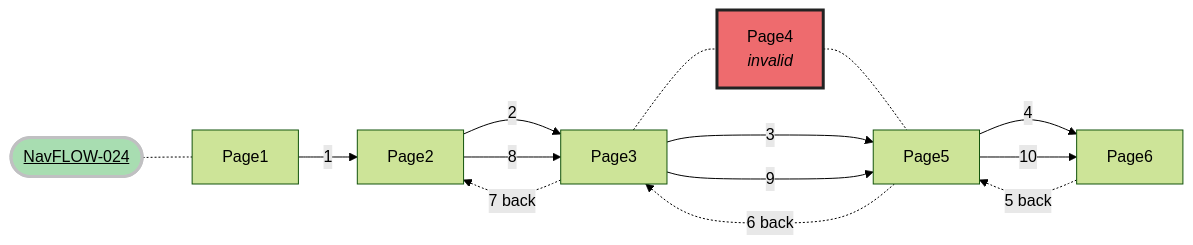
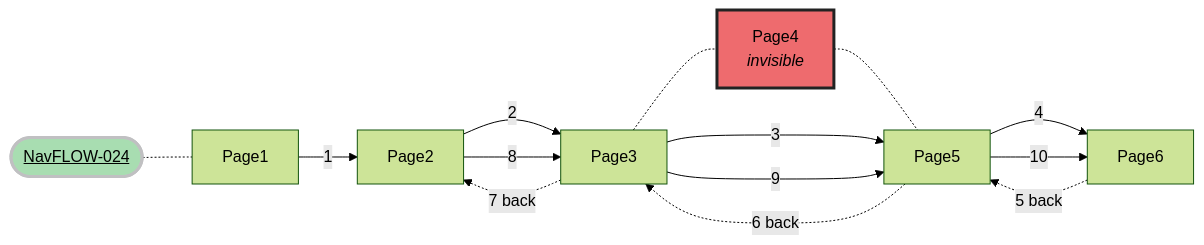
Diagram 24 of 24 in Navigation.md (hmrc/gform-frontend), drawn with Mermaid before and after one commit.

````diff
--- a/Navigation.md
+++ b/Navigation.md
@@ -783,38 +783,38 @@
 ```mermaid
 %%{init: {'theme': 'forest', "flowchart" : { "curve" : "basis" } } }%%
 graph LR;
     title([<u>NavFLOW-024</u>])
     title -.- Page1
     Page1 --> |1| Page2
     Page2 --> |2| Page3
-    Page3 -.-  Page4["Page4<br><i>invalid"]
+    Page3 -.-  Page4["Page4<br><i>invisible"]
     Page4 -.- Page5
     Page3 --> |3| Page5
     Page5 --> |4| Page6
     Page6 -.5 back.-> Page5
     Page5 -.6 back.-> Page3
     Page3 -.7 back.-> Page2
     Page2 --> |8| Page3
     Page3 --> |9| Page5
     Page5 --> |10| Page6
 
     classDef invalid fill:#ee6b6e,stroke:#222,stroke-width:3px
     class Page4 invalid
     classDef greenTitle fill:#a8ddb1 ,stroke:#c0c0c2,stroke-width:3px
     class title greenTitle
 
     classDef orange fill:#fedebe,stroke:#222,stroke-width:1px
     classDef orangeCYA fill:#ffaf42,stroke:#222,stroke-width:2px
     classDef orangeRepeater fill:#fe6e00,stroke:#222,stroke-width:3px
     class ATLRepeater orangeRepeater
     class ATLPage2 orange
     class ATLPage1 orange
     class ATLPage12 orange
     class ATLPage22 orange
     class ATLRepeater2 orangeRepeater
     classDef redTitle fill:#c21807 ,stroke:#c0c0c2,stroke-width:3px
     classDef greenTitle fill:#a8ddb1 ,stroke:#c0c0c2,stroke-width:3px
     class title greenTitle
 
 
 ```
````
